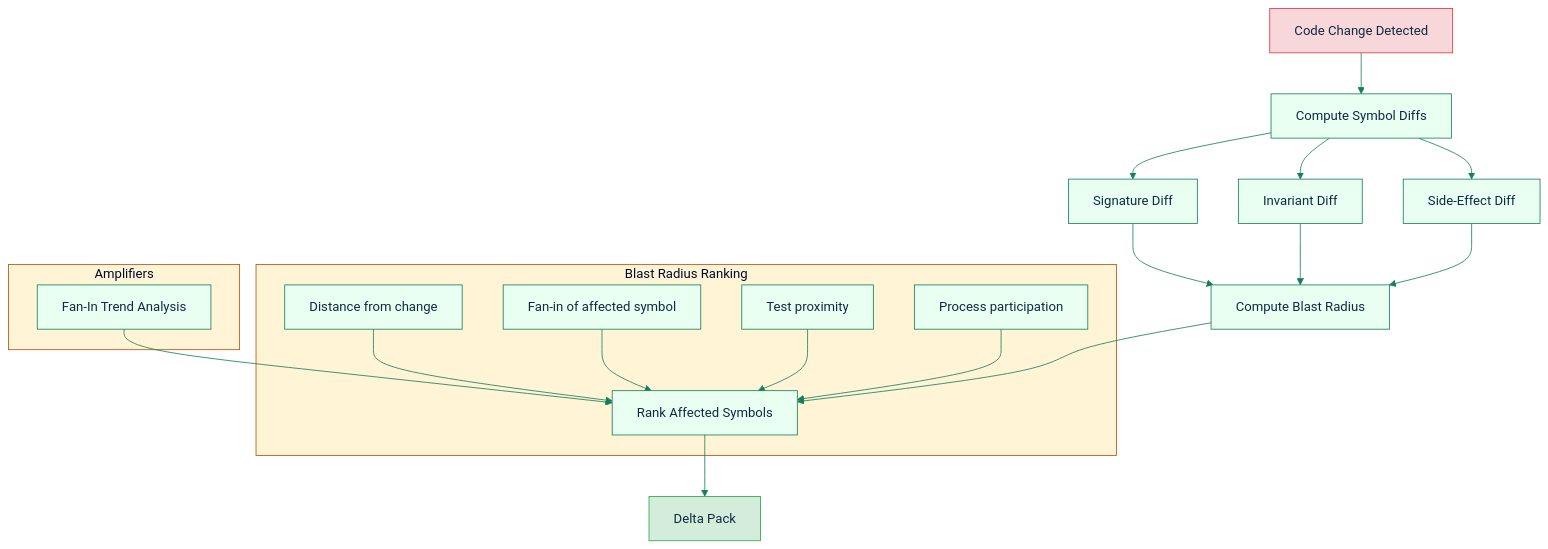
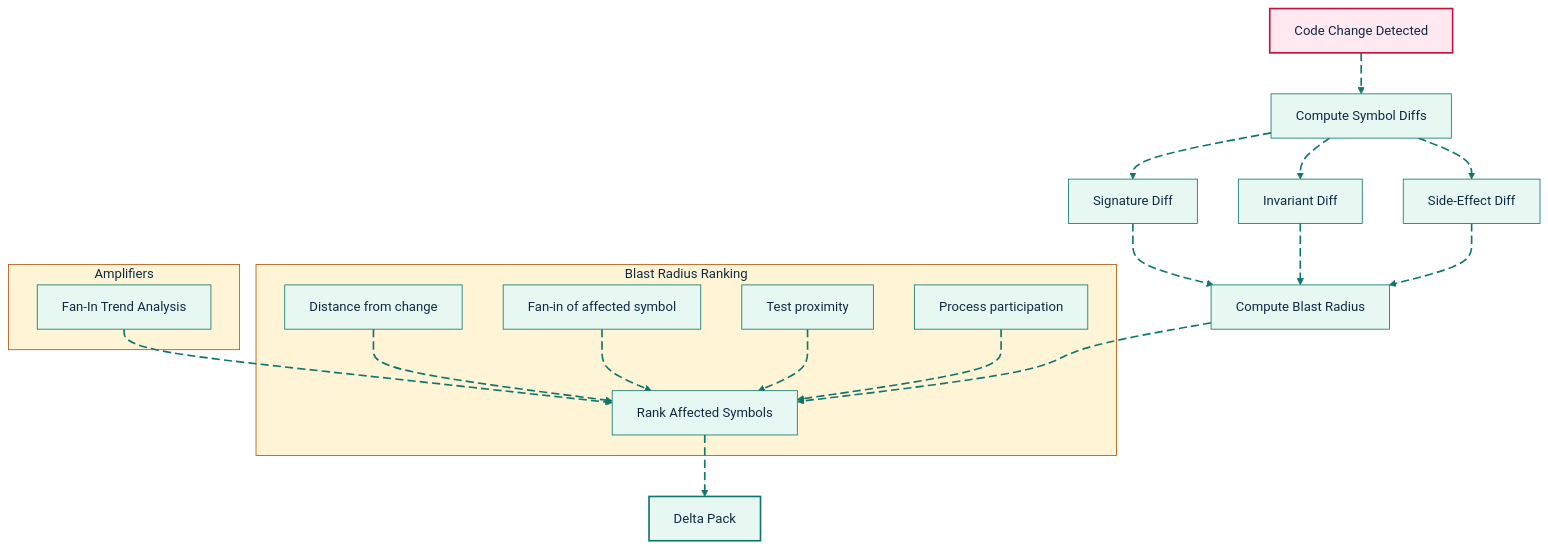
Before and after one commit to GlitterKill/sdl-mcp: the second of 2 diagrams in docs/feature-deep-dives/delta-blast-radius.md, drawn with Mermaid. The commit also changed other lines of this file and 33 other files, not shown here.

First line of the commit message:
docs: update mermaid diagram themes and styling across documentation

````diff
--- a/docs/feature-deep-dives/delta-blast-radius.md
+++ b/docs/feature-deep-dives/delta-blast-radius.md
@@ -81,39 +90,51 @@
 ```mermaid
-%%{init: {"theme":"base","themeVariables":{"primaryColor":"#e8fff1","primaryBorderColor":"#157f5b","primaryTextColor":"#102a43","secondaryColor":"#eef6ff","secondaryBorderColor":"#2563eb","tertiaryColor":"#fff4d6","tertiaryBorderColor":"#b45309","lineColor":"#157f5b","fontFamily":"Trebuchet MS, Arial"},"flowchart":{"curve":"basis"}}}%%
+%%{init: {"theme":"base","themeVariables":{"background":"#ffffff","primaryColor":"#E7F8F2","primaryBorderColor":"#0F766E","primaryTextColor":"#102A43","secondaryColor":"#E8F1FF","secondaryBorderColor":"#2563EB","secondaryTextColor":"#102A43","tertiaryColor":"#FFF4D6","tertiaryBorderColor":"#B45309","tertiaryTextColor":"#102A43","lineColor":"#0F766E","textColor":"#102A43","fontFamily":"Inter, ui-sans-serif, system-ui, -apple-system, BlinkMacSystemFont, Segoe UI, sans-serif"},"flowchart":{"curve":"basis","htmlLabels":true}}}%%
 flowchart TD
     Change["Code Change Detected"]
     Diff["Compute Symbol Diffs"]
     Sig["Signature Diff"]
     Inv["Invariant Diff"]
     SE["Side-Effect Diff"]
     BR["Compute Blast Radius"]
     FI["Fan-In Trend Analysis"]
     Rank["Rank Affected Symbols"]
     DP["Delta Pack"]
 
-    Change --> Diff
-    Diff --> Sig
-    Diff --> Inv
-    Diff --> SE
-    Sig --> BR
-    Inv --> BR
-    SE --> BR
-    BR --> Rank
-    FI --> Rank
-    Rank --> DP
+    Change e1@--> Diff
+    Diff e2@--> Sig
+    Diff e3@--> Inv
+    Diff e4@--> SE
+    Sig e5@--> BR
+    Inv e6@--> BR
+    SE e7@--> BR
+    BR e8@--> Rank
+    FI e9@--> Rank
+    Rank e10@--> DP
 
     subgraph "Blast Radius Ranking"
         D1["Distance from change"]
         D2["Fan-in of affected symbol"]
         D3["Test proximity"]
         D4["Process participation"]
-        D1 & D2 & D3 & D4 --> Rank
+        D1 e11@--> Rank
+        D2 e12@--> Rank
+        D3 e13@--> Rank
+        D4 e14@--> Rank
     end
 
     subgraph "Amplifiers"
         FI
     end
 
-    style Change fill:#f8d7da,stroke:#dc3545
-    style DP fill:#d4edda,stroke:#28a745
+    style Change fill:#FFE8EF,stroke:#BE123C,stroke-width:2px,color:#102A43
+    style DP fill:#E7F8F2,stroke:#0F766E,stroke-width:2px,color:#102A43
+
+    classDef source fill:#E7F8F2,stroke:#0F766E,stroke-width:2px,color:#102A43;
+    classDef process fill:#E8F1FF,stroke:#2563EB,stroke-width:2px,color:#102A43;
+    classDef decision fill:#FFF4D6,stroke:#B45309,stroke-width:2px,color:#102A43;
+    classDef storage fill:#F2E8FF,stroke:#7C3AED,stroke-width:2px,color:#102A43;
+    classDef output fill:#FFE8EF,stroke:#BE123C,stroke-width:2px,color:#102A43;
+    classDef muted fill:#F8FAFC,stroke:#64748B,stroke-width:1px,color:#102A43;
+    classDef animate stroke:#0F766E,stroke-width:2px,stroke-dasharray:10\,5,stroke-dashoffset:900,animation:dash 22s linear infinite;
+    class e1,e2,e3,e4,e5,e6,e7,e8,e9,e10,e11,e12,e13,e14 animate;
 ```
````
